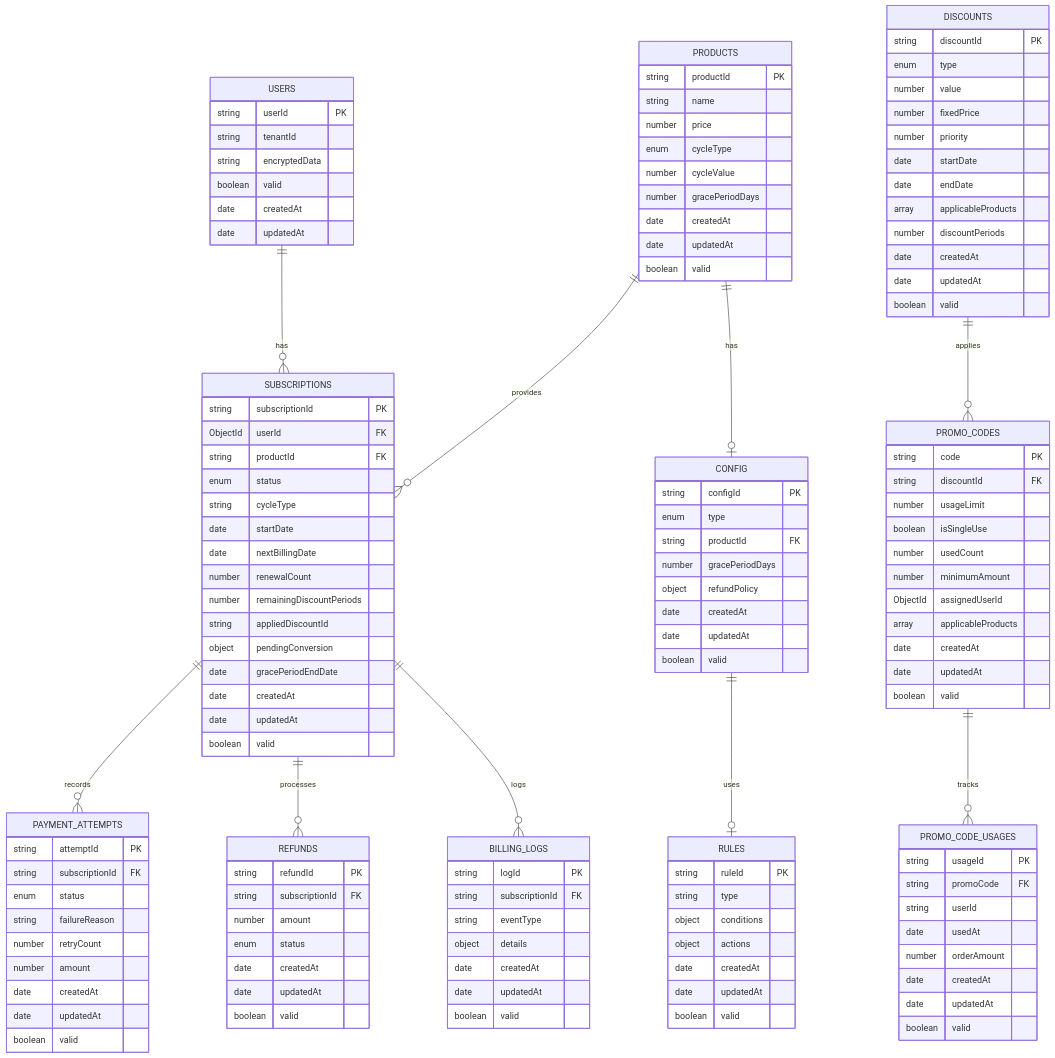
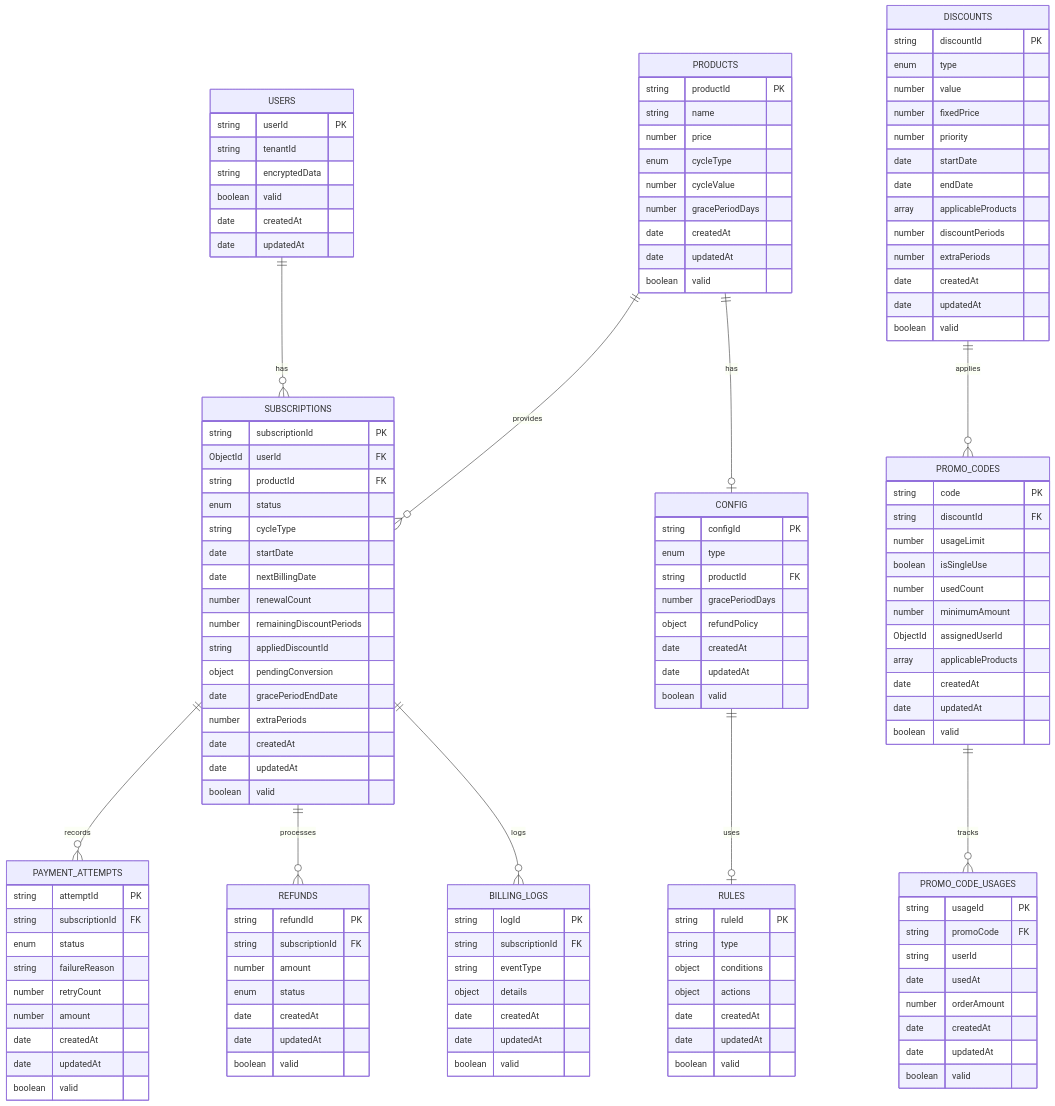
Before and after one commit to xxxhand/auto-billing-bot: the second of 11 diagrams in docs/docs_0_7/billingBot_v0.7.1_system_design.markdown, drawn with Mermaid. The commit also changed other lines of this file and 10 other files, not shown here.

```diff
--- a/docs/docs_0_7/billingBot_v0.7.1_system_design.markdown
+++ b/docs/docs_0_7/billingBot_v0.7.1_system_design.markdown
@@ -260,6 +262,7 @@
         string appliedDiscountId
         object pendingConversion
         date gracePeriodEndDate
+        number extraPeriods
         date createdAt
         date updatedAt
         boolean valid 
@@ -275,6 +278,7 @@
         date endDate
         array applicableProducts
         number discountPeriods
+        number extraPeriods
         date createdAt
         date updatedAt
         boolean valid 
```
